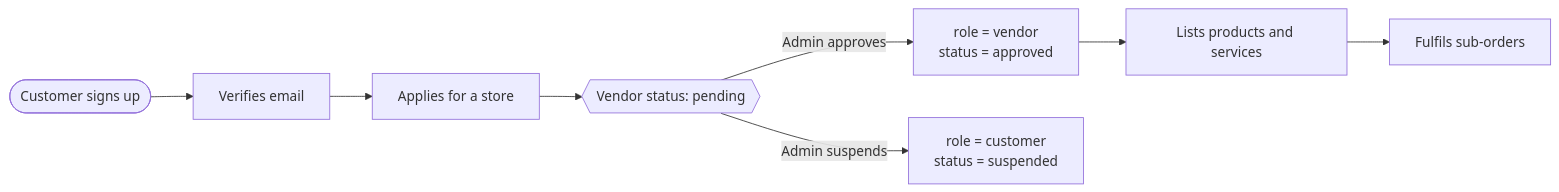
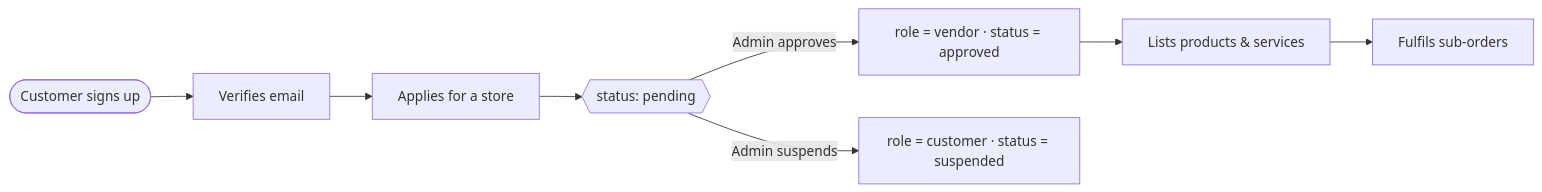
The fifth of 6 diagrams in README.md (SuprabhSharma/Tavilo-eCommerce), drawn with Mermaid before and after one commit. The commit also changed other lines of this file, not shown here.

````diff
--- a/README.md
+++ b/README.md
@@ -238,10 +199,10 @@
 ```mermaid
 flowchart LR
     A([Customer signs up]) --> B[Verifies email]
     B --> C[Applies for a store]
-    C --> D{{"Vendor status: pending"}}
-    D -->|Admin approves| E["role = vendor<br/>status = approved"]
-    D -->|Admin suspends| F["role = customer<br/>status = suspended"]
-    E --> G[Lists products and services]
+    C --> D{{"status: pending"}}
+    D -->|Admin approves| E["role = vendor · status = approved"]
+    D -->|Admin suspends| F["role = customer · status = suspended"]
+    E --> G[Lists products & services]
     G --> H[Fulfils sub-orders]
 ```
````
